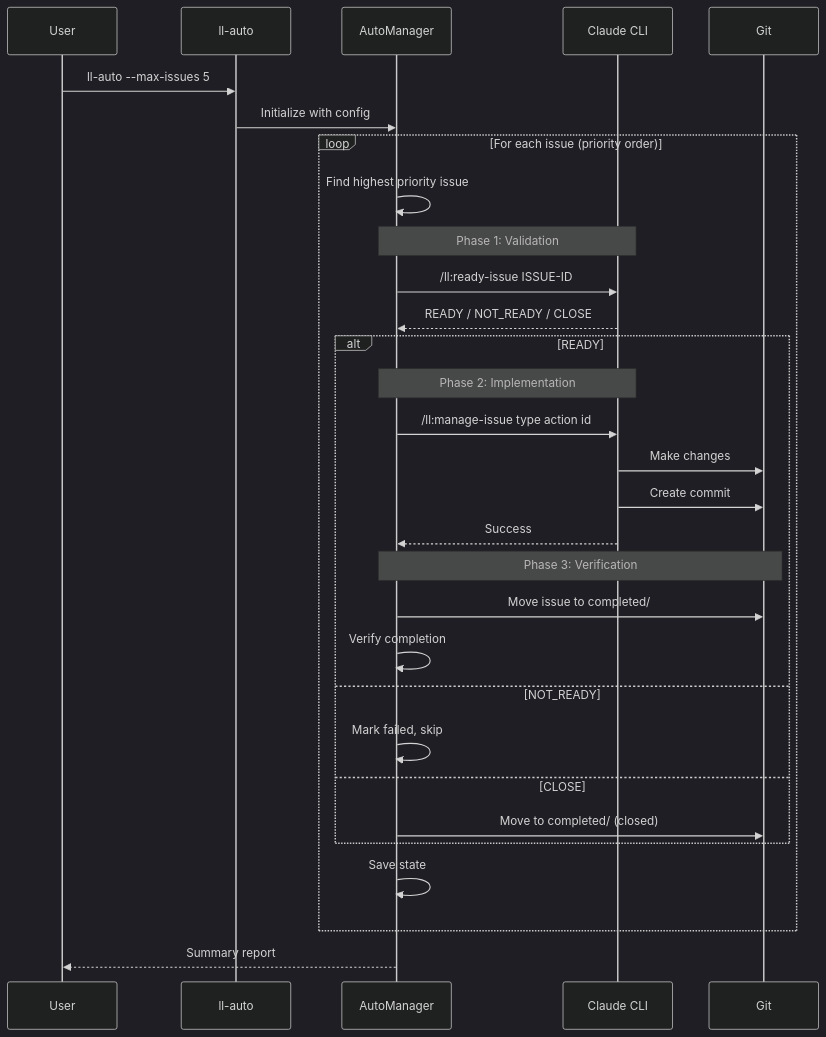
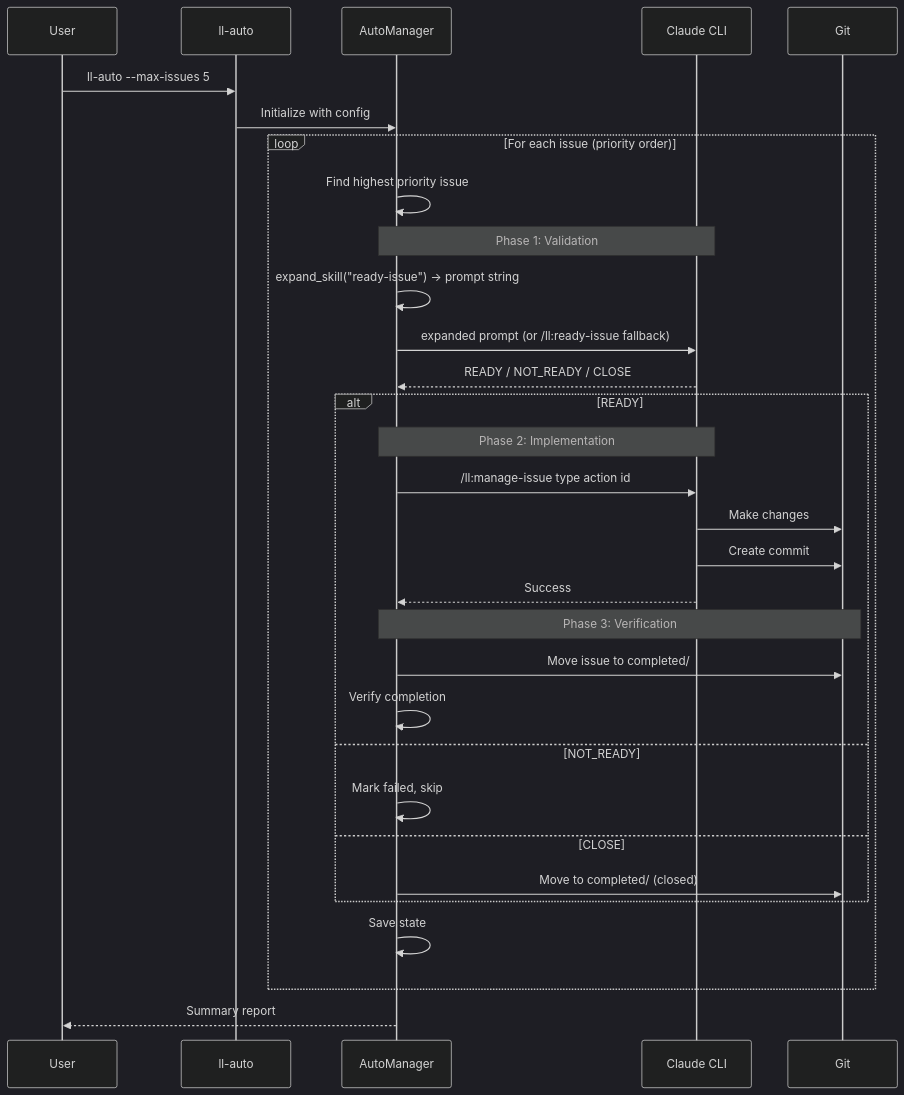
Before and after one commit to BrennonTWilliams/little-loops: the second of 13 diagrams in docs/ARCHITECTURE.md, drawn with Mermaid (dark theme). The commit also changed other lines of this file and 2 other files, not shown here.

Commit message:
docs: document skill_expander module and pre-expansion behavior
- Add little_loops.skill_expander section to API.md with expand_skill()
  signature, parameter table, resolution order, and usage example
- Update ARCHITECTURE.md Sequential Mode diagram to show expand_skill()
  call before Claude invocation; add Context Efficiency bullet explaining
  the ToolSearch round-trip elimination
- Add CHANGELOG [1.73.0] entry for skill pre-expansion feature

````diff
--- a/docs/ARCHITECTURE.md
+++ b/docs/ARCHITECTURE.md
@@ -286,39 +286,40 @@
 ```mermaid
 sequenceDiagram
     participant User
     participant CLI as ll-auto
     participant Manager as AutoManager
     participant Claude as Claude CLI
     participant Git
 
     User->>CLI: ll-auto --max-issues 5
     CLI->>Manager: Initialize with config
 
     loop For each issue (priority order)
         Manager->>Manager: Find highest priority issue
 
         Note over Manager,Claude: Phase 1: Validation
-        Manager->>Claude: /ll:ready-issue ISSUE-ID
+        Manager->>Manager: expand_skill("ready-issue") → prompt string
+        Manager->>Claude: expanded prompt (or /ll:ready-issue fallback)
         Claude-->>Manager: READY / NOT_READY / CLOSE
 
         alt READY
             Note over Manager,Claude: Phase 2: Implementation
             Manager->>Claude: /ll:manage-issue type action id
             Claude->>Git: Make changes
             Claude->>Git: Create commit
             Claude-->>Manager: Success
 
             Note over Manager,Git: Phase 3: Verification
             Manager->>Git: Move issue to completed/
             Manager->>Manager: Verify completion
         else NOT_READY
             Manager->>Manager: Mark failed, skip
         else CLOSE
             Manager->>Git: Move to completed/ (closed)
         end
 
         Manager->>Manager: Save state
     end
 
     Manager-->>User: Summary report
 ```
````
